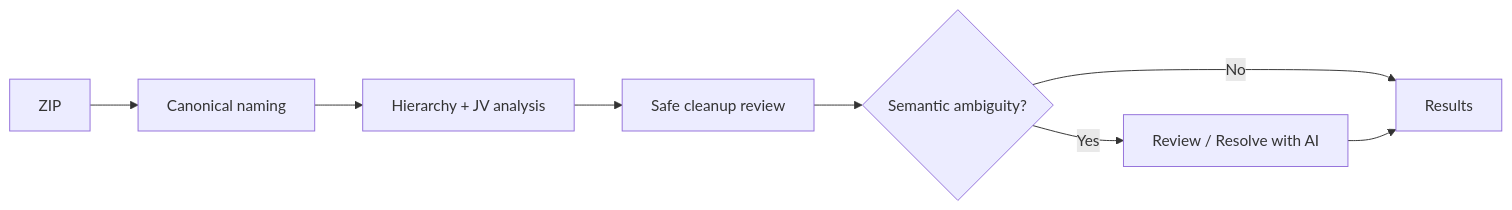
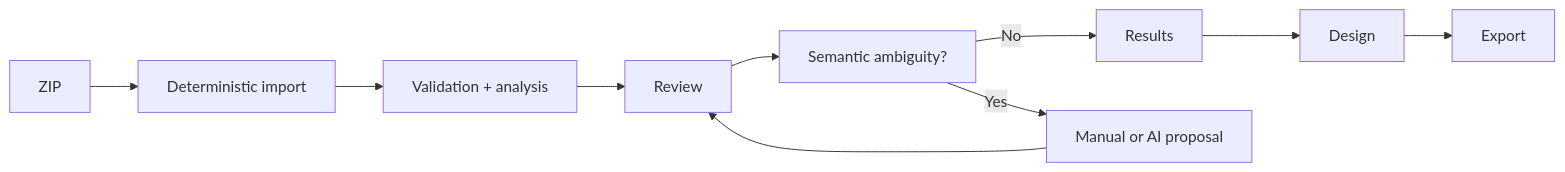
Before and after one commit to matginesi/LabFlow: the diagram in docs/guides/GETTING_STARTED.md, drawn with Mermaid. The commit also changed other lines of this file and 142 other files, not shown here.

````diff
--- a/docs/guides/GETTING_STARTED.md
+++ b/docs/guides/GETTING_STARTED.md
@@ -23,10 +22,12 @@
 ```mermaid
 flowchart LR
-    A[ZIP] --> B[Canonical naming]
-    B --> C[Hierarchy + JV analysis]
-    C --> D[Safe cleanup review]
-    D --> E{Semantic ambiguity?}
+    A[ZIP] --> B[Deterministic import]
+    B --> C[Validation + analysis]
+    C --> D[Review]
+    D --> E[Semantic ambiguity?]
     E -->|No| F[Results]
-    E -->|Yes| G[Review / Resolve with AI]
-    G --> F
+    E -->|Yes| G[Manual or AI proposal]
+    G --> D
+    F --> H[Design]
+    H --> I[Export]
 ```
````
